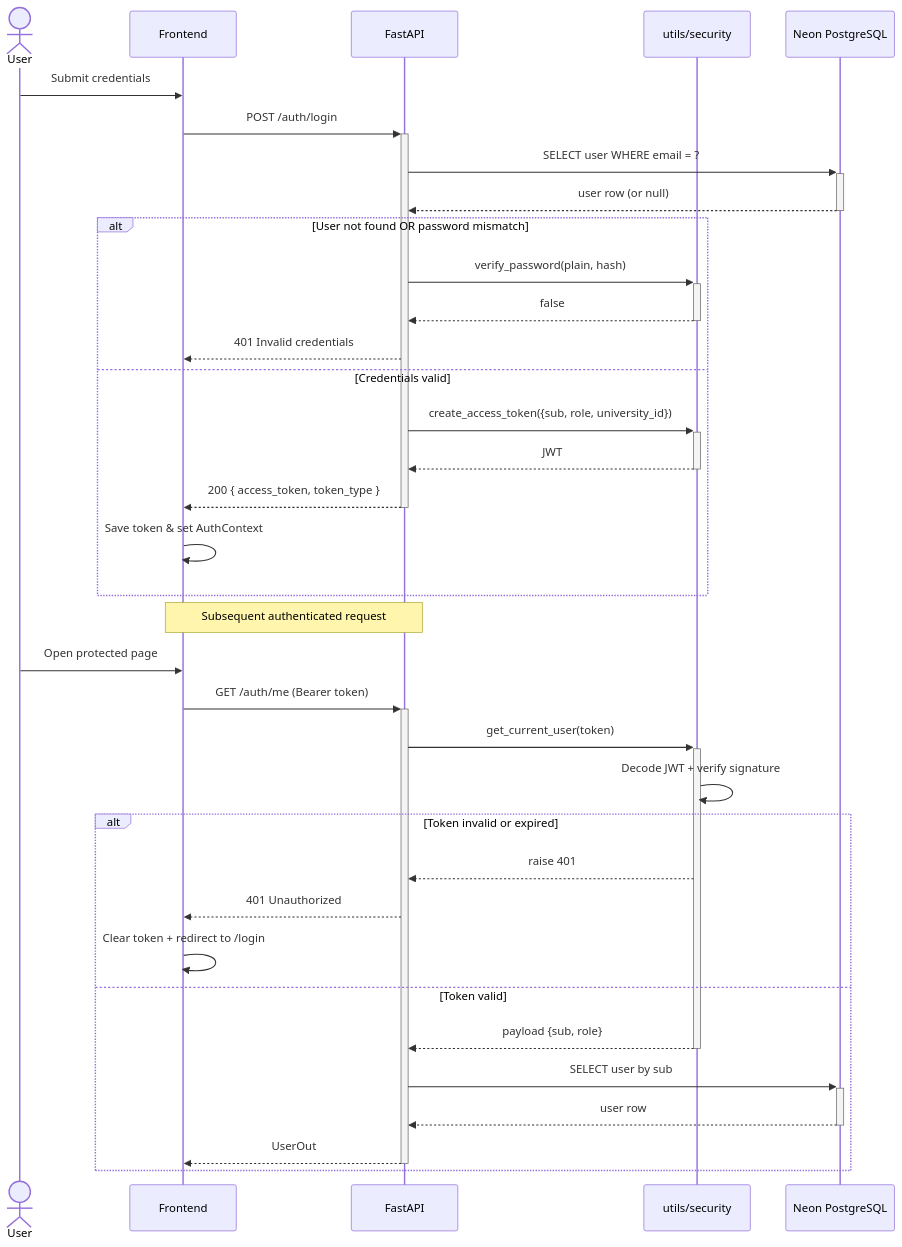
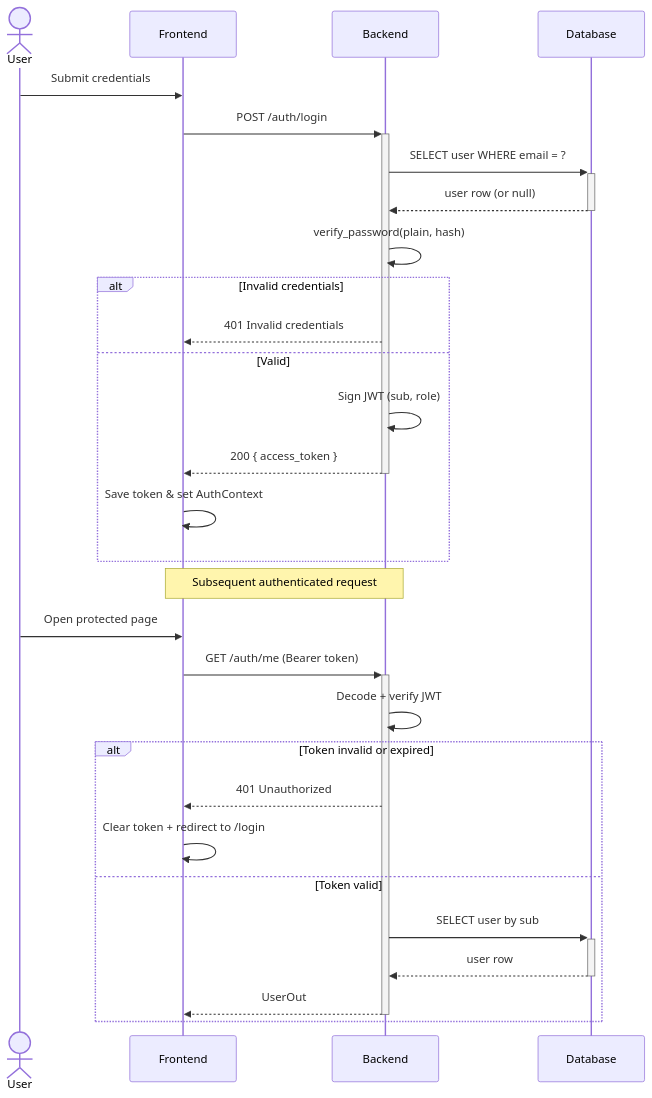
Before and after one commit to yazidha09/Hub4Learners: the fifth of 5 diagrams in docs/sprints/SPRINT_1.md, drawn with Mermaid. The commit also changed other lines of this file and 5 other files, not shown here.

````diff
--- a/docs/sprints/SPRINT_1.md
+++ b/docs/sprints/SPRINT_1.md
@@ -121,40 +117,34 @@
 ```mermaid
 sequenceDiagram
     actor User
     participant Frontend
-    participant API as FastAPI
-    participant Sec as utils/security
-    participant DB as Neon PostgreSQL
+    participant Backend
+    participant DB as Database
 
     User->>Frontend: Submit credentials
-    Frontend->>+API: POST /auth/login
-    API->>+DB: SELECT user WHERE email = ?
-    DB-->>-API: user row (or null)
-    alt User not found OR password mismatch
-        API->>+Sec: verify_password(plain, hash)
-        Sec-->>-API: false
-        API-->>Frontend: 401 Invalid credentials
-    else Credentials valid
-        API->>+Sec: create_access_token({sub, role, university_id})
-        Sec-->>-API: JWT
-        API-->>-Frontend: 200 { access_token, token_type }
+    Frontend->>+Backend: POST /auth/login
+    Backend->>+DB: SELECT user WHERE email = ?
+    DB-->>-Backend: user row (or null)
+    Backend->>Backend: verify_password(plain, hash)
+    alt Invalid credentials
+        Backend-->>Frontend: 401 Invalid credentials
+    else Valid
+        Backend->>Backend: Sign JWT (sub, role)
+        Backend-->>-Frontend: 200 { access_token }
         Frontend->>Frontend: Save token & set AuthContext
     end
 
-    Note over Frontend,API: Subsequent authenticated request
+    Note over Frontend,Backend: Subsequent authenticated request
 
     User->>Frontend: Open protected page
-    Frontend->>+API: GET /auth/me (Bearer token)
-    API->>+Sec: get_current_user(token)
-    Sec->>Sec: Decode JWT + verify signature
+    Frontend->>+Backend: GET /auth/me (Bearer token)
+    Backend->>Backend: Decode + verify JWT
     alt Token invalid or expired
-        Sec-->>API: raise 401
-        API-->>Frontend: 401 Unauthorized
+        Backend-->>Frontend: 401 Unauthorized
         Frontend->>Frontend: Clear token + redirect to /login
     else Token valid
-        Sec-->>-API: payload {sub, role}
-        API->>+DB: SELECT user by sub
-        DB-->>-API: user row
-        API-->>-Frontend: UserOut
+        Backend->>+DB: SELECT user by sub
+        DB-->>-Backend: user row
+        Backend-->>-Frontend: UserOut
     end
 ```
````
